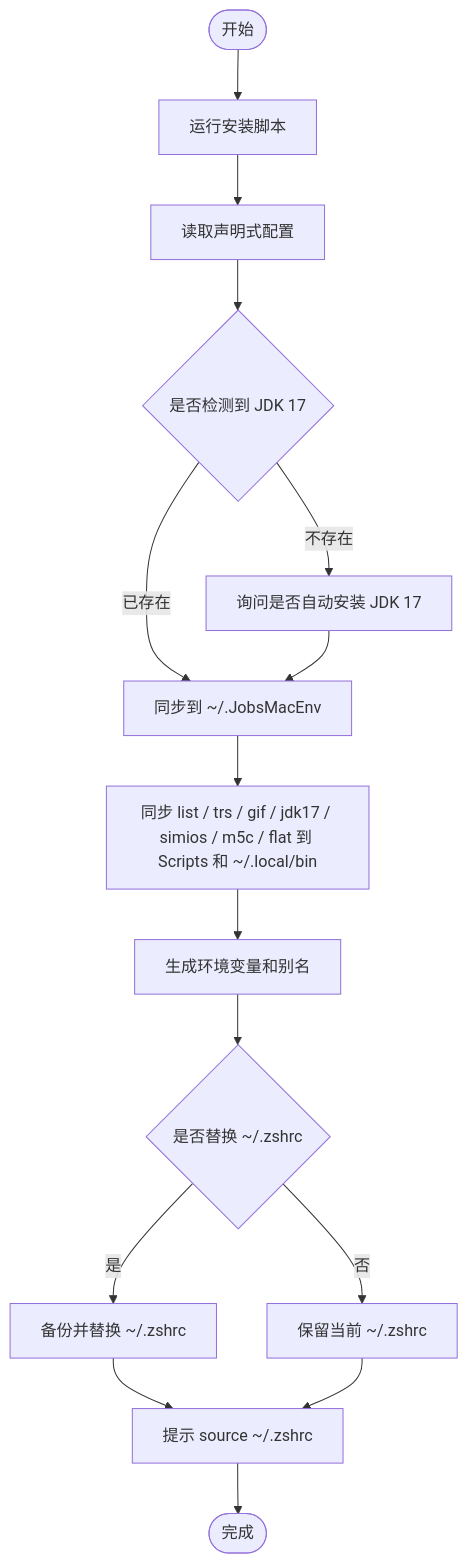
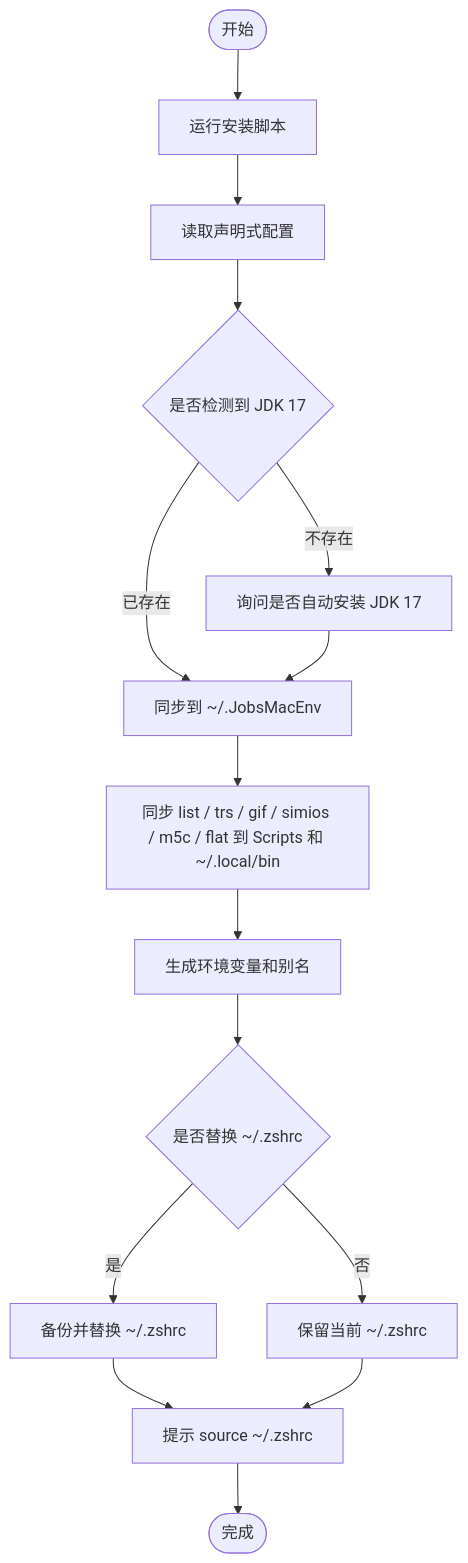
One commit to JobsKits/JobsMacEnvVarConfig changed the diagram in README.md. Above: the diagram before and after it, drawn with Mermaid. The commit also changed other lines of this file and 83 other files, not shown here.

````diff
--- a/README.md
+++ b/README.md
@@ -127,24 +127,24 @@
 ```mermaid
 flowchart TD
     A([开始])
     B[运行安装脚本]
     C[读取声明式配置]
     D{是否检测到 JDK 17}
     E[询问是否自动安装 JDK 17]
     F[同步到 ~/.JobsMacEnv]
-    T[同步 list / trs / gif / jdk17 / simios / m5c / flat 到 Scripts 和 ~/.local/bin]
+    T[同步 list / trs / gif / simios / m5c / flat 到 Scripts 和 ~/.local/bin]
     G[生成环境变量和别名]
     H{是否替换 ~/.zshrc}
     I[备份并替换 ~/.zshrc]
     J[保留当前 ~/.zshrc]
     K[提示 source ~/.zshrc]
     L([完成])
 
     A --> B --> C --> D
     D -- 已存在 --> F
     D -- 不存在 --> E --> F
     F --> T --> G --> H
     H -- 是 --> I --> K
     H -- 否 --> J --> K
     K --> L
 ```
````
